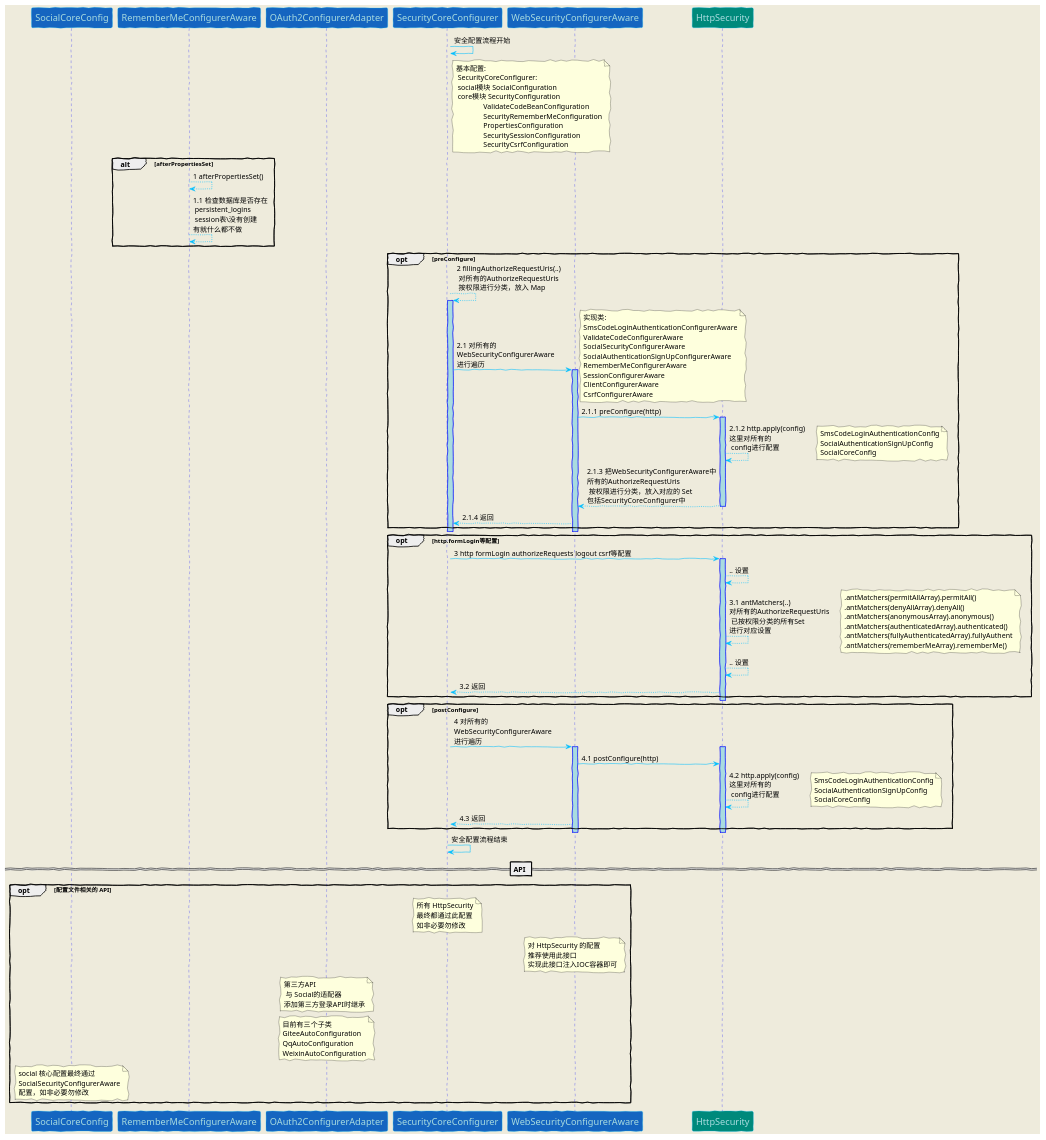
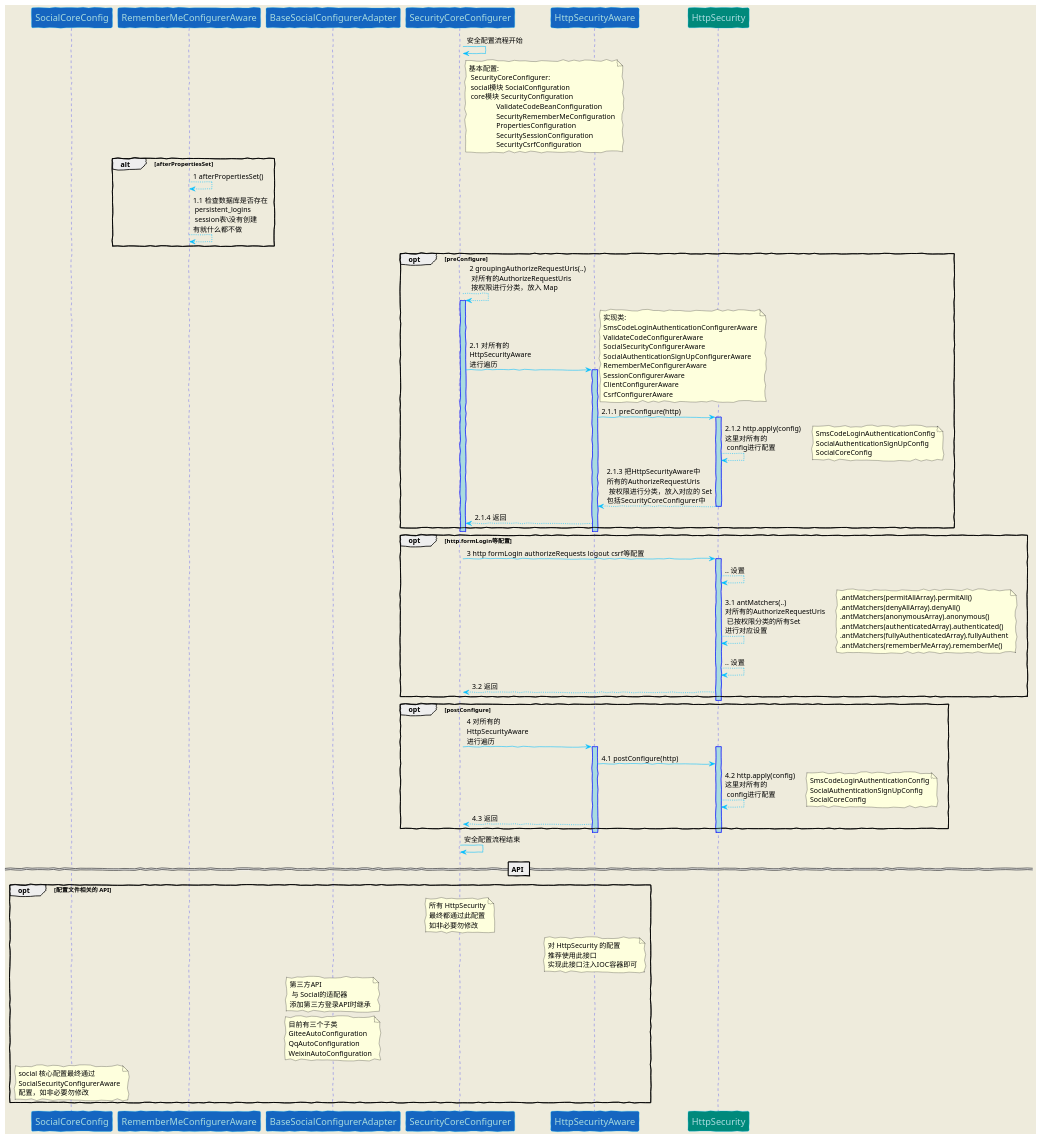
One commit to ZeroOrInfinity/UMS changed the diagram in doc/scurityConfigurer.puml. Above: the diagram before and after it, drawn with PlantUML. The commit also changed 62 other files, not shown here.

```diff
--- a/doc/scurityConfigurer.puml
+++ b/doc/scurityConfigurer.puml
@@ -1,111 +1,111 @@
 @startuml
 
 skinparam backgroundColor #EEEBDC
 skinparam handwritten true
 skinparam sequence {
 ArrowColor DeepSkyBlue
 ActorBorderColor DeepSkyBlue
 LifeLineBorderColor blue
 LifeLineBackgroundColor #A9DCDF
 ParticipantBorderColor DeepSkyBlue
 ParticipantBackgroundColor #00897b
 ParticipantFontName Impact
 ParticipantFontSize 17
 ParticipantFontColor #A9DCDF
 ActorBackgroundColor aqua
 ActorFontColor DeepSkyBlue
 ActorFontSize 17
 ActorFontName Aapex
 }
 participant "SocialCoreConfig"  #1565c0
 participant "RememberMeConfigurerAware"  #1565c0
 
-participant "OAuth2ConfigurerAdapter"  #1565c0
+participant "BaseSocialConfigurerAdapter"  #1565c0
 
 participant "SecurityCoreConfigurer" #1565c0
 SecurityCoreConfigurer -> SecurityCoreConfigurer: 安全配置流程开始
 note right SecurityCoreConfigurer: 基本配置:\n SecurityCoreConfigurer: \n\
  social模块 SocialConfiguration\n core模块 SecurityConfiguration\n\
                ValidateCodeBeanConfiguration\n               SecurityRememberMeConfiguration\n\
                PropertiesConfiguration\n\                SecuritySessionConfiguration\n\
                SecurityCsrfConfiguration
 alt afterPropertiesSet
 RememberMeConfigurerAware --> RememberMeConfigurerAware: 1 afterPropertiesSet()
 RememberMeConfigurerAware --> RememberMeConfigurerAware: 1.1 检查数据库是否存在\n persistent_logins\n session表\没有创建\n有就什么都不做
 end
 activate SecurityCoreConfigurer
 opt preConfigure
-SecurityCoreConfigurer --> SecurityCoreConfigurer: 2 fillingAuthorizeRequestUris(..)\n 对所有的AuthorizeRequestUris\n 按权限进行分类，放入 Map
+SecurityCoreConfigurer --> SecurityCoreConfigurer: 2 groupingAuthorizeRequestUris(..)\n 对所有的AuthorizeRequestUris\n 按权限进行分类，放入 Map
 activate SecurityCoreConfigurer
-participant "WebSecurityConfigurerAware" #1565c0
-SecurityCoreConfigurer -> WebSecurityConfigurerAware: 2.1 对所有的\nWebSecurityConfigurerAware\n进行遍历
-activate WebSecurityConfigurerAware
+participant "HttpSecurityAware" #1565c0
+SecurityCoreConfigurer -> HttpSecurityAware: 2.1 对所有的\nHttpSecurityAware\n进行遍历
+activate HttpSecurityAware
 note right : 实现类:\n\
 SmsCodeLoginAuthenticationConfigurerAware\n\
 ValidateCodeConfigurerAware\n\
 SocialSecurityConfigurerAware\n\
 SocialAuthenticationSignUpConfigurerAware\n\
 RememberMeConfigurerAware\n\
 SessionConfigurerAware\n\
 ClientConfigurerAware\n\
 CsrfConfigurerAware
-WebSecurityConfigurerAware -> HttpSecurity: 2.1.1 preConfigure(http)
+HttpSecurityAware -> HttpSecurity: 2.1.1 preConfigure(http)
 activate HttpSecurity
 HttpSecurity --> HttpSecurity: 2.1.2 http.apply(config)\n这里对所有的\n config进行配置
 note right : SmsCodeLoginAuthenticationConfig\n\
 SocialAuthenticationSignUpConfig\n\
 SocialCoreConfig
-HttpSecurity --> WebSecurityConfigurerAware: 2.1.3 把WebSecurityConfigurerAware中\n所有的AuthorizeRequestUris\n 按权限进行分类，放入对应的 Set\n包括SecurityCoreConfigurer中
+HttpSecurity --> HttpSecurityAware: 2.1.3 把HttpSecurityAware中\n所有的AuthorizeRequestUris\n 按权限进行分类，放入对应的 Set\n包括SecurityCoreConfigurer中
 deactivate HttpSecurity
-WebSecurityConfigurerAware --> SecurityCoreConfigurer: 2.1.4 返回
+HttpSecurityAware --> SecurityCoreConfigurer: 2.1.4 返回
 end
-deactivate WebSecurityConfigurerAware
+deactivate HttpSecurityAware
 deactivate SecurityCoreConfigurer
 opt http.formLogin等配置
 SecurityCoreConfigurer -> HttpSecurity: 3 http formLogin authorizeRequests logout csrf等配置
 activate HttpSecurity
 HttpSecurity --> HttpSecurity: .. 设置
 HttpSecurity --> HttpSecurity: 3.1 antMatchers(..)\n对所有的AuthorizeRequestUris\n 已按权限分类的所有Set\n进行对应设置
 note right : .antMatchers(permitAllArray).permitAll()\n\
 .antMatchers(denyAllArray).denyAll()\n\
 .antMatchers(anonymousArray).anonymous()\n\
 .antMatchers(authenticatedArray).authenticated()\n\
 .antMatchers(fullyAuthenticatedArray).fullyAuthent\n\
 .antMatchers(rememberMeArray).rememberMe()
 HttpSecurity --> HttpSecurity: .. 设置
 HttpSecurity --> SecurityCoreConfigurer: 3.2 返回
 end
 deactivate HttpSecurity
 activate SecurityCoreConfigurer
 opt postConfigure
-SecurityCoreConfigurer -> WebSecurityConfigurerAware: 4 对所有的\nWebSecurityConfigurerAware\n进行遍历
-activate WebSecurityConfigurerAware
+SecurityCoreConfigurer -> HttpSecurityAware: 4 对所有的\nHttpSecurityAware\n进行遍历
+activate HttpSecurityAware
 activate HttpSecurity
-WebSecurityConfigurerAware -> HttpSecurity: 4.1 postConfigure(http)
+HttpSecurityAware -> HttpSecurity: 4.1 postConfigure(http)
 HttpSecurity --> HttpSecurity: 4.2 http.apply(config)\n这里对所有的\n config进行配置
 note right : SmsCodeLoginAuthenticationConfig\n\
 SocialAuthenticationSignUpConfig\n\
 SocialCoreConfig
 
-WebSecurityConfigurerAware --> SecurityCoreConfigurer: 4.3 返回
+HttpSecurityAware --> SecurityCoreConfigurer: 4.3 返回
 end
 deactivate HttpSecurity
-deactivate WebSecurityConfigurerAware
+deactivate HttpSecurityAware
 deactivate SecurityCoreConfigurer
 
 deactivate SecurityCoreConfigurer
 
 SecurityCoreConfigurer -> SecurityCoreConfigurer: 安全配置流程结束
 
 == API ==
 opt 配置文件相关的 API
 note over SecurityCoreConfigurer: 所有 HttpSecurity\n最终都通过此配置\n如非必要勿修改
-note over WebSecurityConfigurerAware: 对 HttpSecurity 的配置\n推荐使用此接口\n实现此接口注入IOC容器即可
+note over HttpSecurityAware: 对 HttpSecurity 的配置\n推荐使用此接口\n实现此接口注入IOC容器即可
 
-note over OAuth2ConfigurerAdapter: 第三方API\n 与 Social的适配器\n添加第三方登录API时继承
-note over OAuth2ConfigurerAdapter: 目前有三个子类\nGiteeAutoConfiguration\nQqAutoConfiguration\nWeixinAutoConfiguration
+note over BaseSocialConfigurerAdapter: 第三方API\n 与 Social的适配器\n添加第三方登录API时继承
+note over BaseSocialConfigurerAdapter: 目前有三个子类\nGiteeAutoConfiguration\nQqAutoConfiguration\nWeixinAutoConfiguration
 note over SocialCoreConfig: social 核心配置最终通过\nSocialSecurityConfigurerAware\n配置，如非必要勿修改
 
 end
 
 @enduml
```
